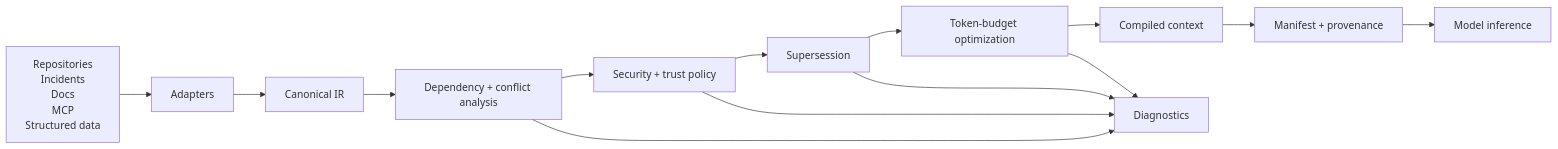
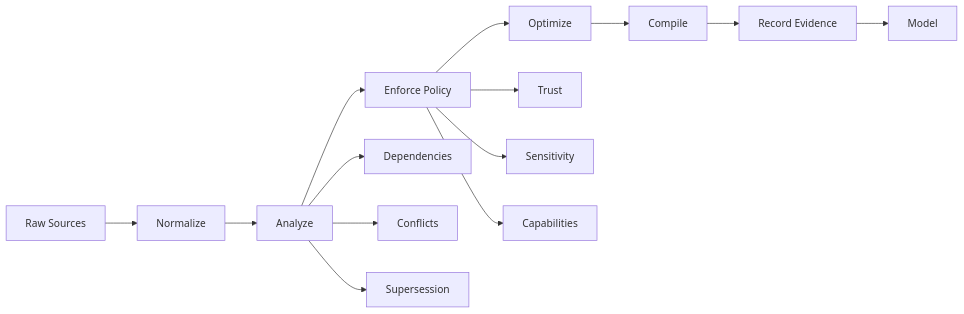
One commit to Gopal-Singh-Subramani-Singh/context-compiler changed the first of 7 diagrams in README.md. Above: the diagram before and after it, drawn with Mermaid. The commit also changed other lines of this file, not shown here.

````diff
--- a/README.md
+++ b/README.md
@@ -41,17 +117,18 @@
 ```mermaid
 flowchart LR
-    A[Repositories<br/>Incidents<br/>Docs<br/>MCP<br/>Structured data] --> B[Adapters]
-    B --> C[Canonical IR]
-    C --> D[Dependency + conflict analysis]
-    D --> E[Security + trust policy]
-    E --> F[Supersession]
-    F --> G[Token-budget optimization]
-    G --> H[Compiled context]
-    H --> I[Manifest + provenance]
-    I --> J[Model inference]
+    A[Raw Sources] --> B[Normalize]
+    B --> C[Analyze]
+    C --> D[Enforce Policy]
+    D --> E[Optimize]
+    E --> F[Compile]
+    F --> G[Record Evidence]
+    G --> H[Model]
 
-    E --> K[Diagnostics]
-    D --> K
-    F --> K
-    G --> K
+    C --> I[Dependencies]
+    C --> J[Conflicts]
+    C --> K[Supersession]
+
+    D --> L[Trust]
+    D --> M[Sensitivity]
+    D --> N[Capabilities]
 ```
````
